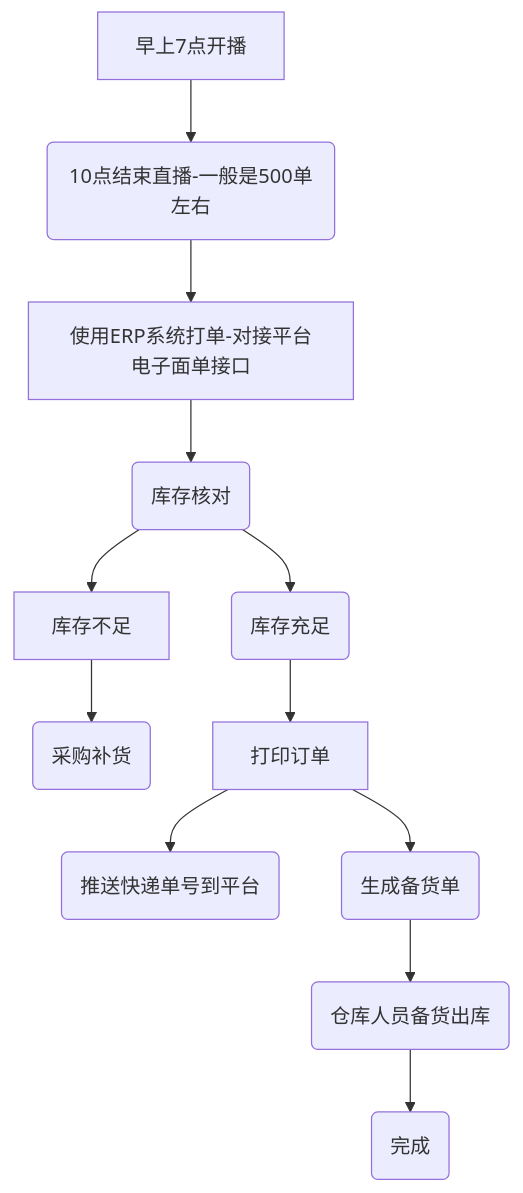
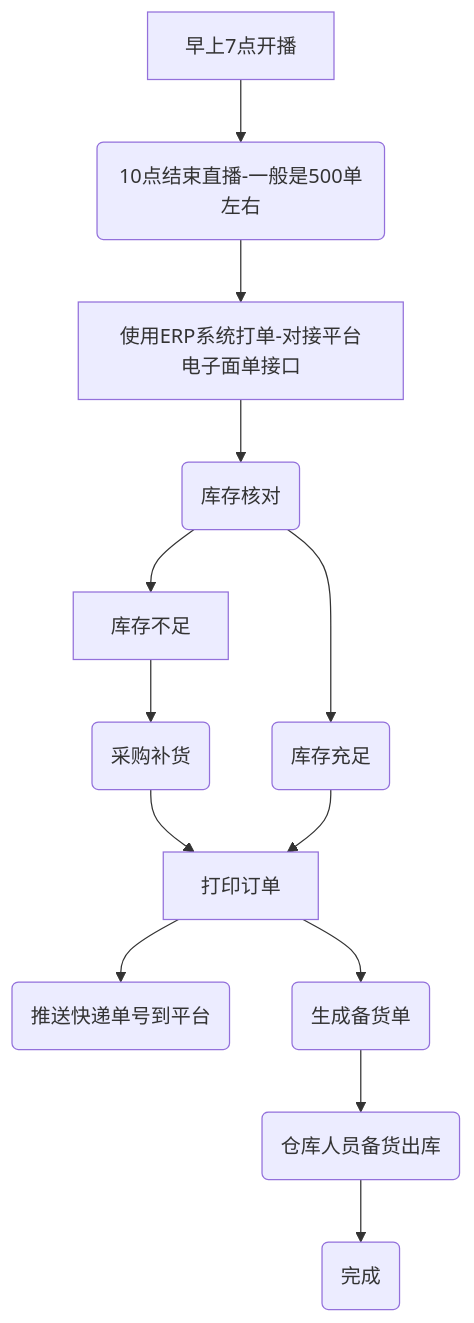
The first of 5 diagrams in README.md (zeasin/qihangerp), drawn with Mermaid before and after one commit.

````diff
--- a/README.md
+++ b/README.md
@@ -20,15 +20,16 @@
 ```mermaid
 graph TD
 A[早上7点开播] -->B(10点结束直播-一般是500单左右)
     B --> C[使用ERP系统打单-对接平台电子面单接口]
     C --> E(库存核对)
     E --> F[库存不足]
     F --> F1(采购补货)
+    F1 --> G1
     E --> G(库存充足)
     G --> G1[打印订单]
     G1 --> G5(推送快递单号到平台)
     G1 --> G2(生成备货单)
     G2 --> G3(仓库人员备货出库)
     G3 --> H(完成)
 
 ```
````
